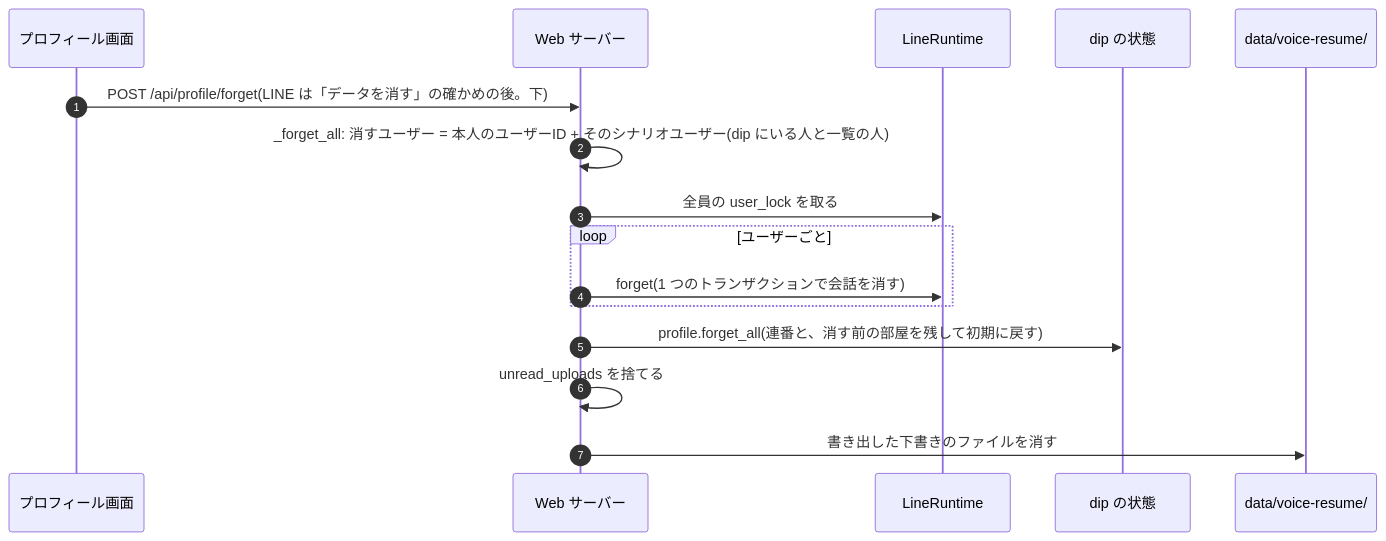
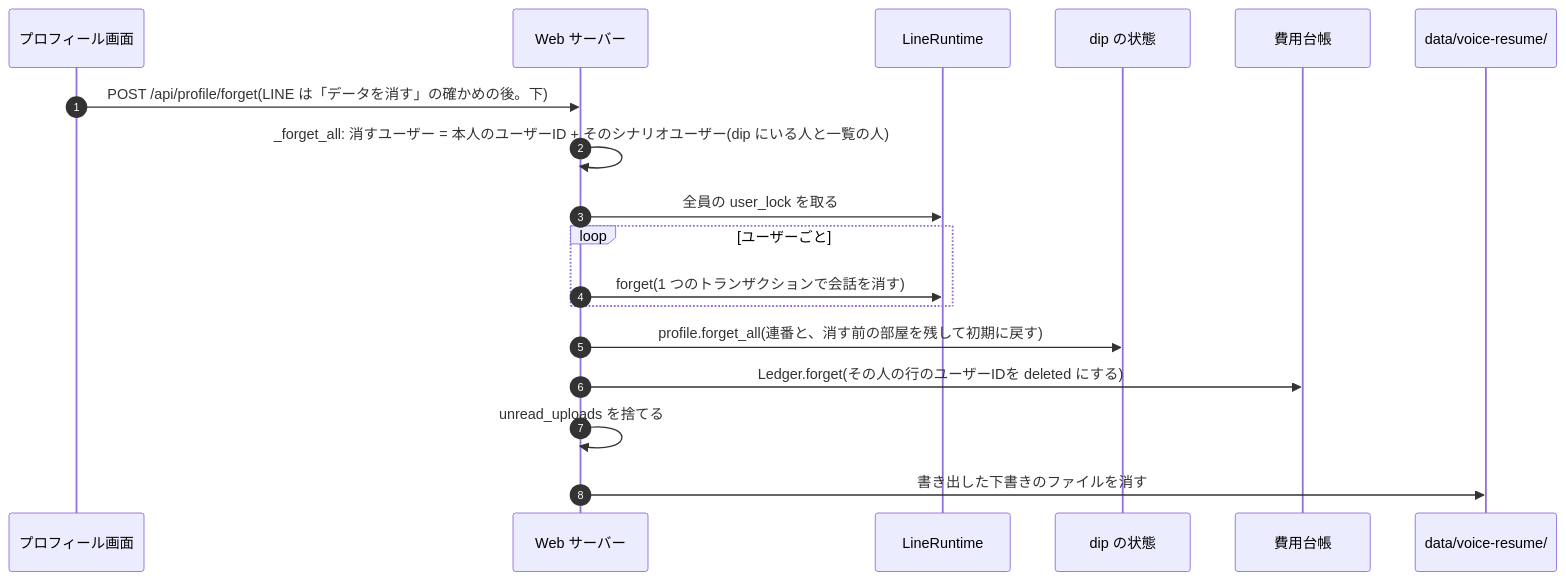
Before and after one commit to jyoka/aica: the eighth of 12 diagrams in docs/architecture/lld.md, drawn with Mermaid. The commit also changed other lines of this file and 11 other files, not shown here.

````diff
--- a/docs/architecture/lld.md
+++ b/docs/architecture/lld.md
@@ -824,19 +830,21 @@
 ```mermaid
 sequenceDiagram
     autonumber
     participant P as プロフィール画面
     participant S as Web サーバー
     participant R as LineRuntime
     participant D as dip の状態
+    participant L as 費用台帳
     participant F as data/voice-resume/
 
     P->>S: POST /api/profile/forget(LINE は「データを消す」の確かめの後。下)
     S->>S: _forget_all: 消すユーザー = 本人のユーザーID + そのシナリオユーザー(dip にいる人と一覧の人)
     S->>R: 全員の user_lock を取る
     loop ユーザーごと
         S->>R: forget(1 つのトランザクションで会話を消す)
     end
     S->>D: profile.forget_all(連番と、消す前の部屋を残して初期に戻す)
+    S->>L: Ledger.forget(その人の行のユーザーIDを deleted にする)
     S->>S: unread_uploads を捨てる
     S->>F: 書き出した下書きのファイルを消す
 ```
````
